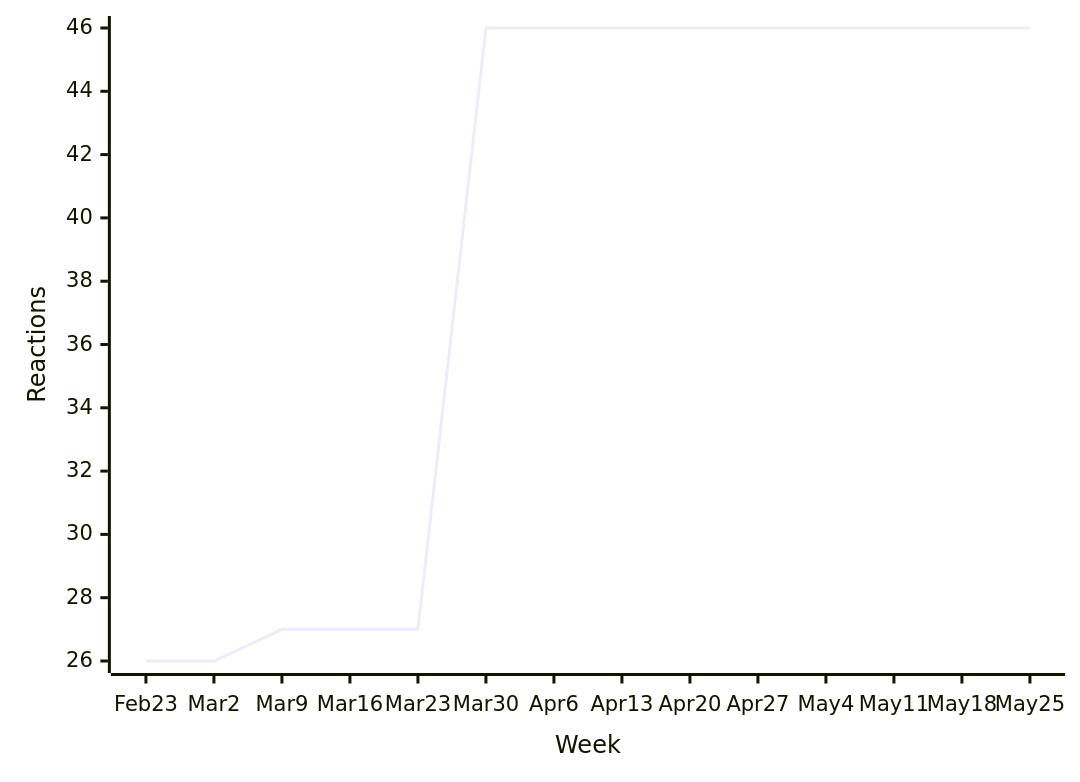
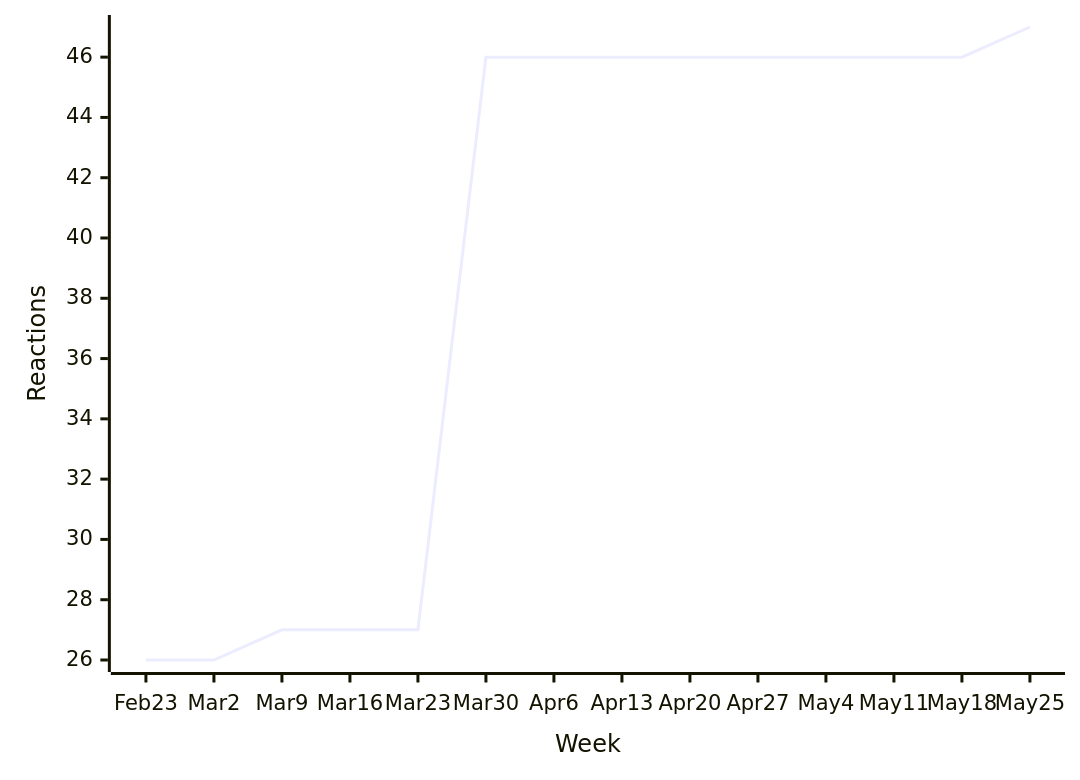
Before and after one commit to loic-sharma/github-insights: the seventh of 51 diagrams in README.md, drawn with Mermaid. The commit also changed other lines of this file and 1 other file, not shown here.

````diff
--- a/README.md
+++ b/README.md
@@ -441,6 +441,6 @@
   ```mermaid
   xychart-beta
     x-axis "Week" [Feb 23, Mar 2, Mar 9, Mar 16, Mar 23, Mar 30, Apr 6, Apr 13, Apr 20, Apr 27, May 4, May 11, May 18, May 25]
     y-axis "Reactions"
-    line [26, 26, 27, 27, 27, 46, 46, 46, 46, 46, 46, 46, 46, 46]
+    line [26, 26, 27, 27, 27, 46, 46, 46, 46, 46, 46, 46, 46, 47]
   ```
````
